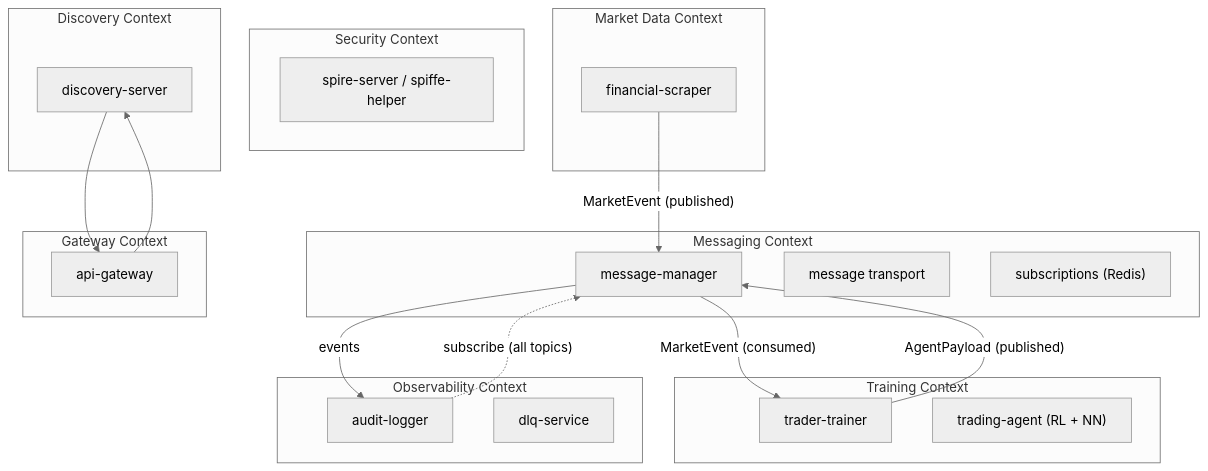
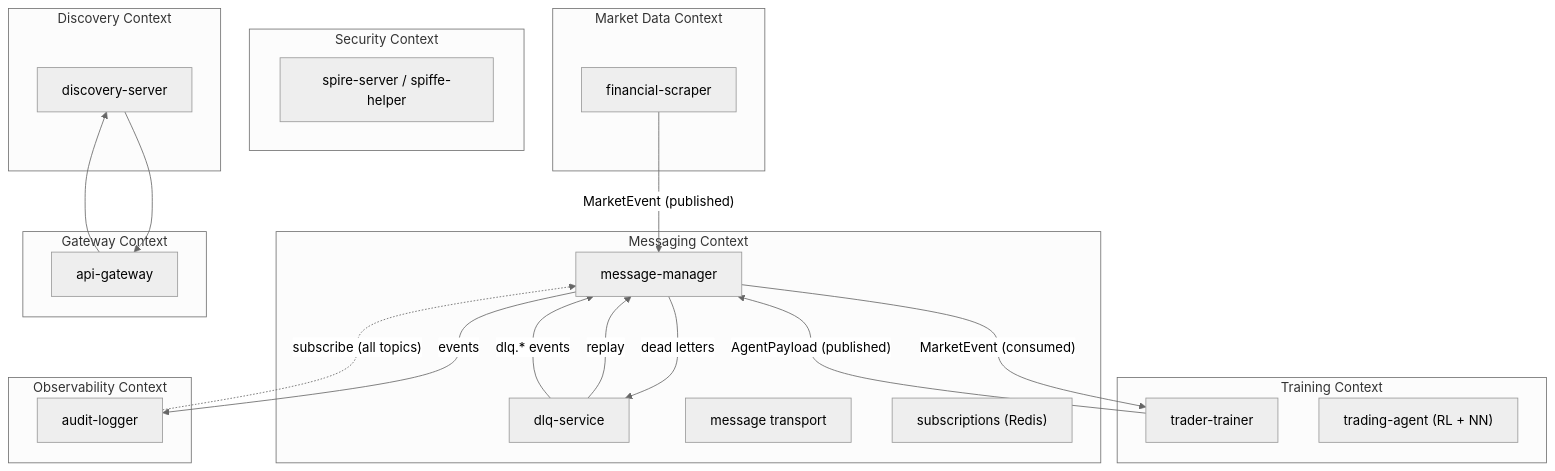
Before and after one commit to docteur-turboss/trading-model: the diagram in docs/architecture/bounded-contexts.md, drawn with Mermaid (neutral theme). The commit also changed other lines of this file and 2 other files, not shown here.

First line of the commit message:
:memo:(docs): place dlq-service in the messaging context and gate symbols cited in architecture pages (#521)

````diff
--- a/docs/architecture/bounded-contexts.md
+++ b/docs/architecture/bounded-contexts.md
@@ -7,36 +7,39 @@
 ```mermaid
 graph TD
     subgraph "Market Data Context"
         FS["financial-scraper"]
     end
     subgraph "Training Context"
         TT["trader-trainer"]
         TS["trading-agent (RL + NN)"]
     end
     subgraph "Messaging Context"
         MM["message-manager"]
+        DLQ["dlq-service"]
         MT["message transport"]
         SUB["subscriptions (Redis)"]
     end
     subgraph "Security Context"
         SP["spire-server / spiffe-helper"]
     end
     subgraph "Discovery Context"
         DS["discovery-server"]
     end
     subgraph "Observability Context"
         AL["audit-logger"]
-        DLQ["dlq-service"]
     end
     subgraph "Gateway Context"
         GW["api-gateway"]
     end
 
     FS -->|"MarketEvent (published)"| MM
     MM -->|"MarketEvent (consumed)"| TT
     TT -->|"AgentPayload (published)"| MM
     MM -->|"events"| AL
     AL -.->|"subscribe (all topics)"| MM
+    MM -->|"dead letters"| DLQ
+    DLQ -->|"replay"| MM
+    DLQ -->|"dlq.* events"| MM
     DS --> GW
     GW --> DS
 ```
````
